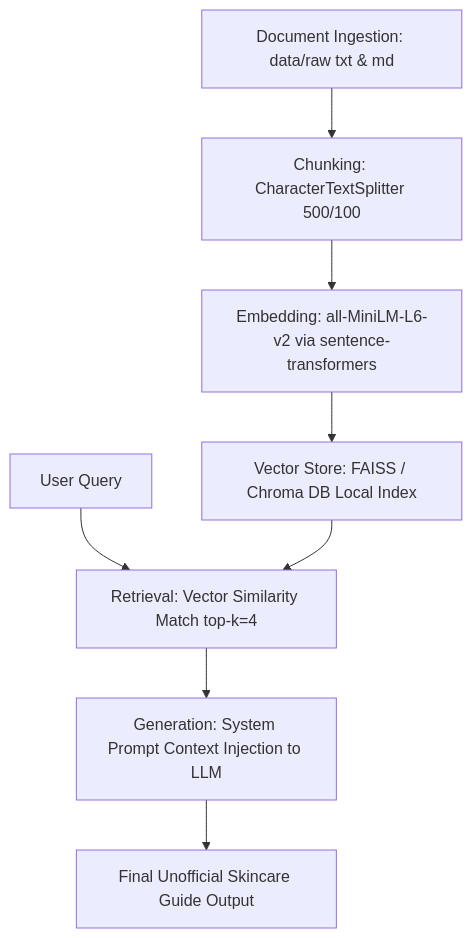
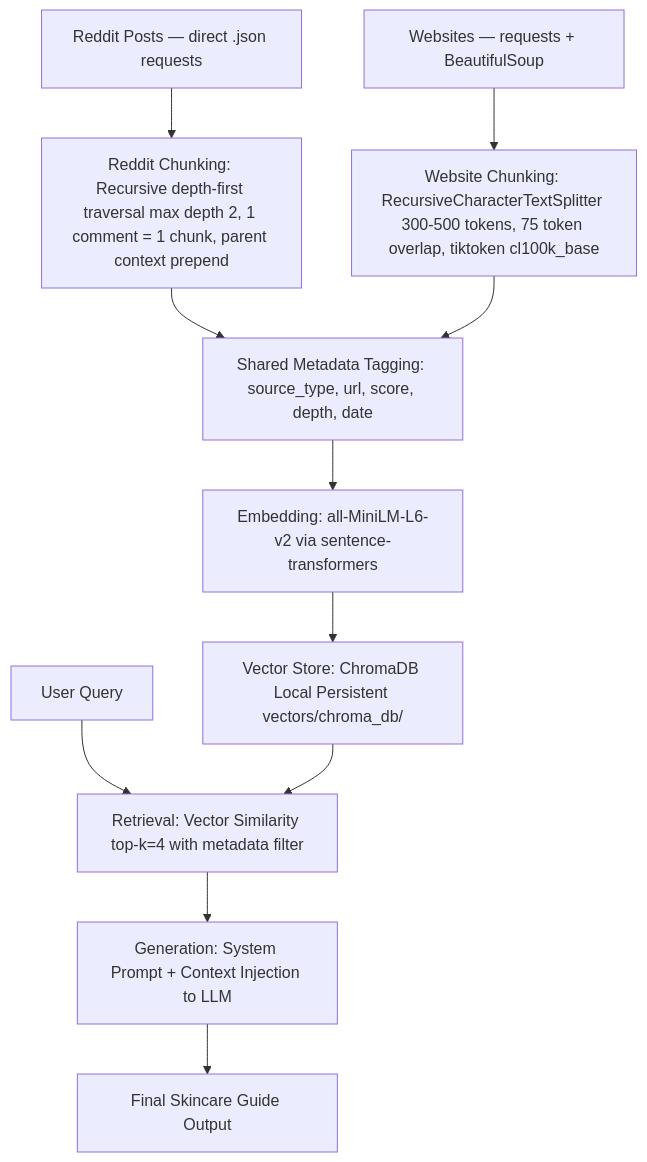
One commit to ggovert/ai201-project1-unofficial-guide-starter changed the diagram in planning.md. Above: the diagram before and after it, drawn with Mermaid. The commit also changed other lines of this file and 6 other files, not shown here.

````diff
--- a/planning.md
+++ b/planning.md
@@ -113,10 +145,13 @@
 ```mermaid
 graph TD
-    A["Document Ingestion: data/raw txt & md"] --> B["Chunking: CharacterTextSplitter 500/100"]
-    B --> C["Embedding: all-MiniLM-L6-v2 via sentence-transformers"]
-    C --> D["Vector Store: FAISS / Chroma DB Local Index"]
-    E["User Query"] --> F["Retrieval: Vector Similarity Match top-k=4"]
-    D --> F
-    F --> G["Generation: System Prompt Context Injection to LLM"]
-    G --> H["Final Unofficial Skincare Guide Output"]
+    A["Reddit Posts — direct .json requests"] --> B1["Reddit Chunking: Recursive depth-first traversal max depth 2, 1 comment = 1 chunk, parent context prepend"]
+    C["Websites — requests + BeautifulSoup"] --> B2["Website Chunking: RecursiveCharacterTextSplitter 300-500 tokens, 75 token overlap, tiktoken cl100k_base"]
+    B1 --> D["Shared Metadata Tagging: source_type, url, score, depth, date"]
+    B2 --> D
+    D --> E["Embedding: all-MiniLM-L6-v2 via sentence-transformers"]
+    E --> F["Vector Store: ChromaDB Local Persistent vectors/chroma_db/"]
+    G["User Query"] --> H["Retrieval: Vector Similarity top-k=4 with metadata filter"]
+    F --> H
+    H --> I["Generation: System Prompt + Context Injection to LLM"]
+    I --> J["Final Skincare Guide Output"]
 ```
````
